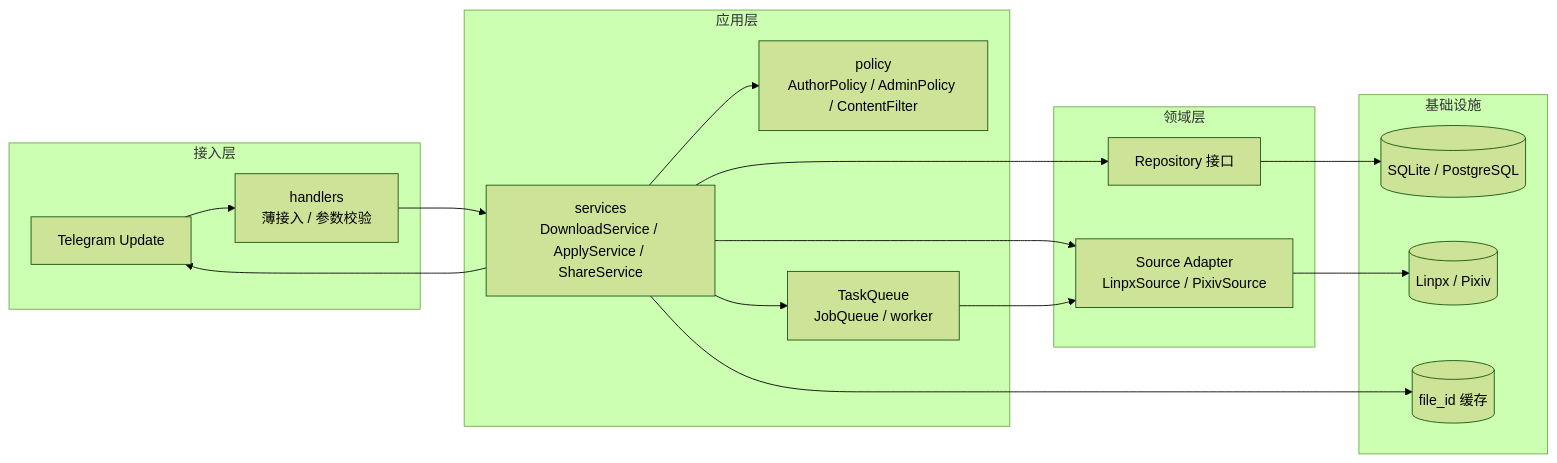
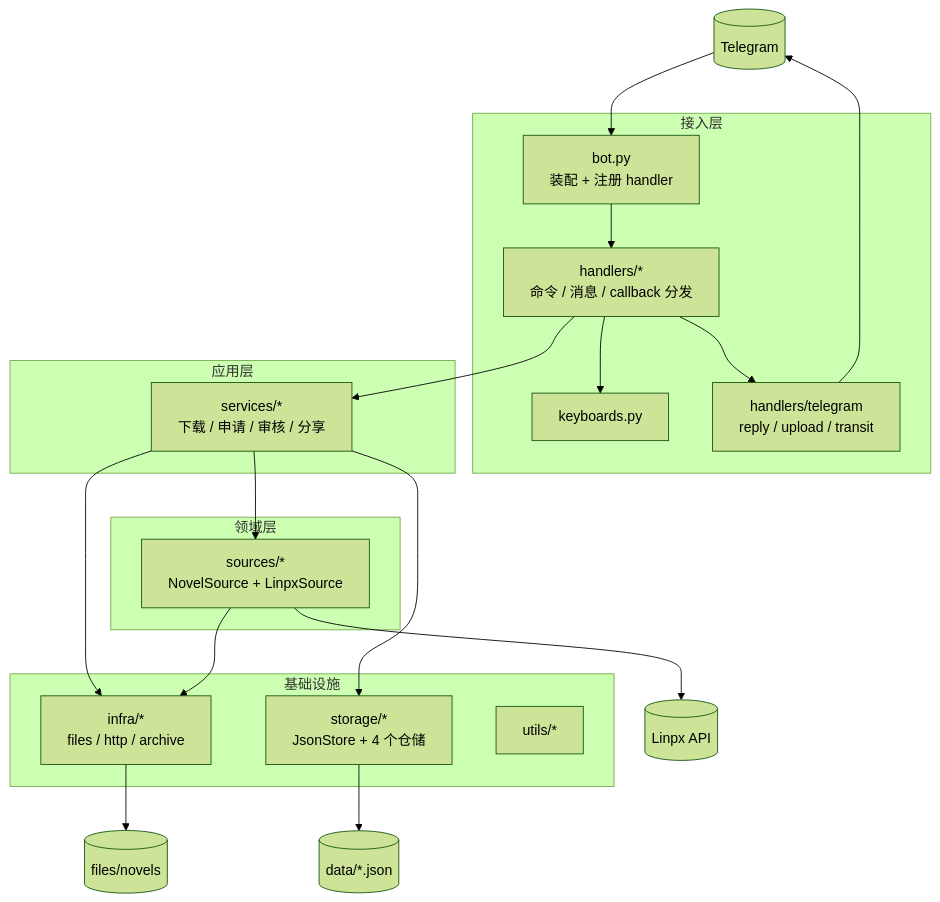
The diagram in docs/03-项目架构说明.md (DowneyRem/FurryReadingBot), drawn with Mermaid (forest theme) before and after one commit. The commit also changed other lines of this file and 4 other files, not shown here.

````diff
--- a/docs/03-项目架构说明.md
+++ b/docs/03-项目架构说明.md
@@ -814,25 +23,42 @@
 ```mermaid
-flowchart LR
+flowchart TB
+    TG[("Telegram")]
+    API[("Linpx API")]
+
     subgraph 接入层
-        TG[Telegram Update] --> H[handlers<br/>薄接入 / 参数校验]
+        BOT["bot.py<br/>装配 + 注册 handler"]
+        H["handlers/*<br/>命令 / 消息 / callback 分发"]
+        KB[keyboards.py]
+        TGA["handlers/telegram<br/>reply / upload / transit"]
     end
 
     subgraph 应用层
-        H --> SVC[services<br/>DownloadService / ApplyService / ShareService]
-        SVC --> POL[policy<br/>AuthorPolicy / AdminPolicy / ContentFilter]
-        SVC --> JOB[TaskQueue<br/>JobQueue / worker]
+        SVC["services/*<br/>下载 / 申请 / 审核 / 分享"]
     end
 
     subgraph 领域层
-        SVC --> SRC[Source Adapter<br/>LinpxSource / PixivSource]
-        SVC --> REPO[Repository 接口]
+        SRC["sources/*<br/>NovelSource + LinpxSource"]
     end
 
     subgraph 基础设施
-        REPO --> DB[(SQLite / PostgreSQL)]
-        SRC --> API[(Linpx / Pixiv)]
-        JOB --> SRC
-        SVC --> CACHE[(file_id 缓存)]
-        SVC --> TG
+        ST["storage/*<br/>JsonStore + 4 个仓储"]
+        INF["infra/*<br/>files / http / archive"]
+        U["utils/*"]
     end
+
+    DATA[("data/*.json")]
+    FILES[("files/novels")]
+
+    TG --> BOT --> H
+    H --> TGA
+    H --> SVC
+    H --> KB
+    SVC --> SRC
+    SVC --> ST
+    SVC --> INF
+    SRC --> INF
+    ST --> DATA
+    INF --> FILES
+    TGA --> TG
+    SRC --> API
 ```
````
